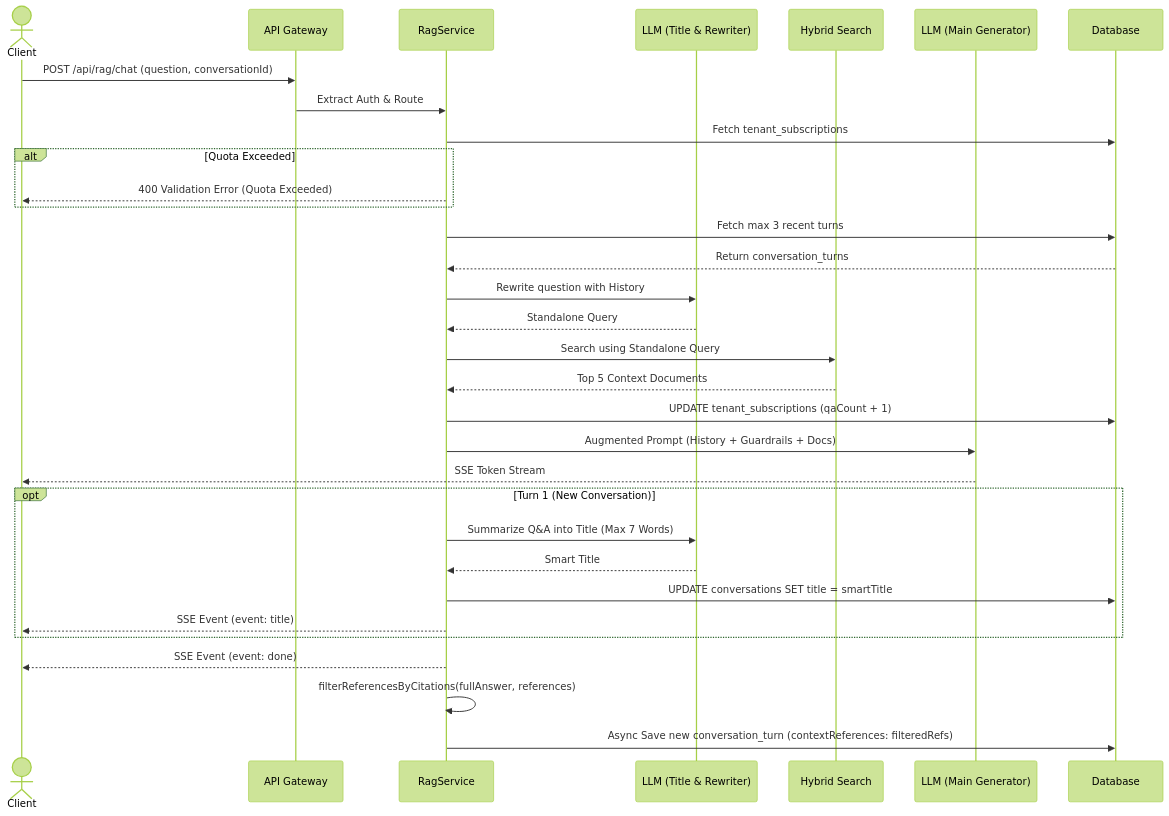
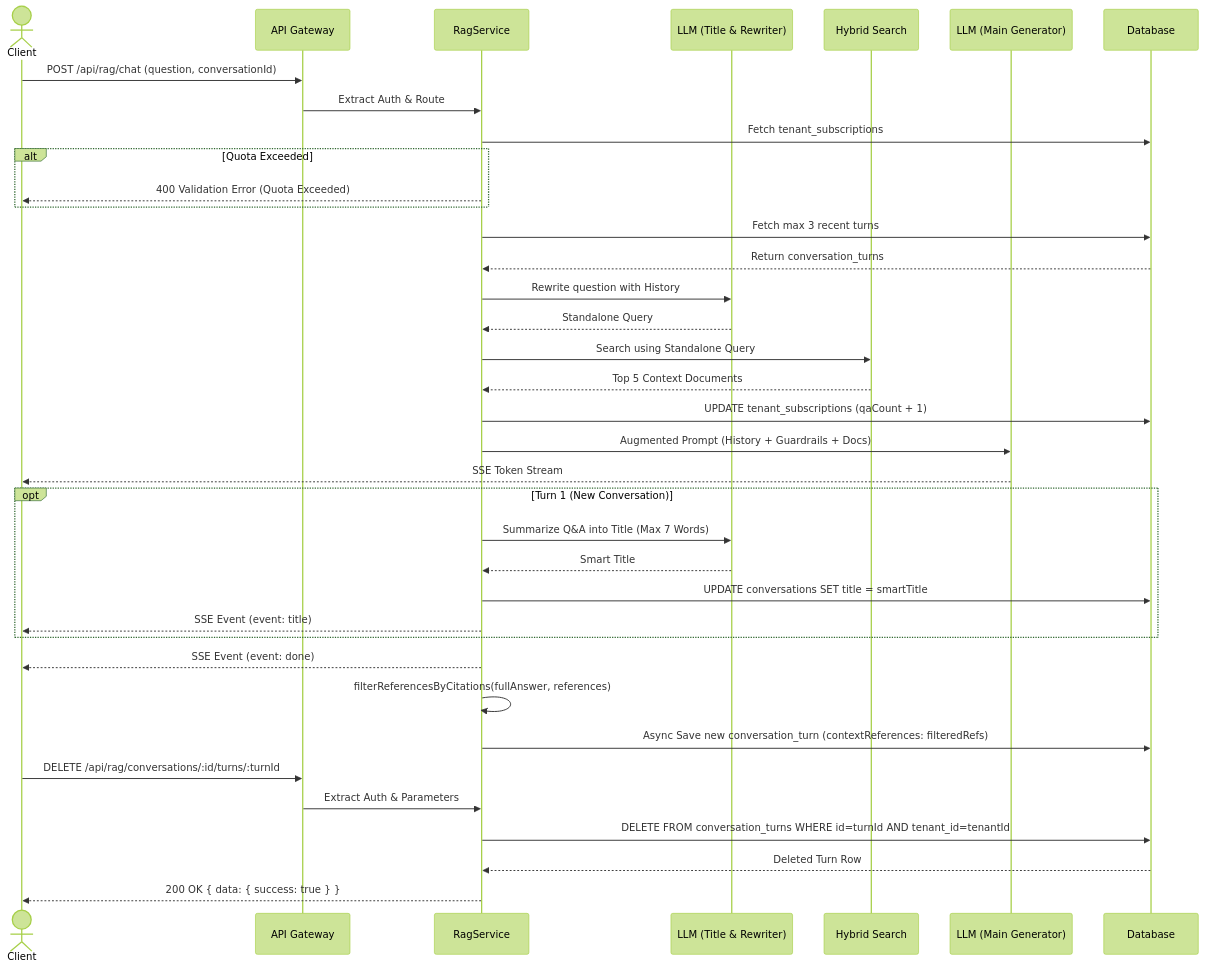
The diagram in docs/features/rag-conversation.md (kanzhamada/Dokyudo), drawn with Mermaid (forest theme) before and after one commit. The commit also changed other lines of this file, not shown here.

Commit message:
Add single turn deletion and feedback button hover styling

````diff
--- a/docs/features/rag-conversation.md
+++ b/docs/features/rag-conversation.md
@@ -31,36 +32,43 @@
 ```mermaid
 sequenceDiagram
     actor Client
     participant API Gateway
     participant RagService
     participant LLM (Title & Rewriter)
     participant Hybrid Search
     participant LLM (Main Generator)
     participant Database
 
     %% Memory & Query Rewriting Flow
     Client->>API Gateway: POST /api/rag/chat (question, conversationId)
     API Gateway->>RagService: Extract Auth & Route
     RagService->>Database: Fetch tenant_subscriptions
     alt Quota Exceeded
         RagService-->>Client: 400 Validation Error (Quota Exceeded)
     end
     RagService->>Database: Fetch max 3 recent turns
     Database-->>RagService: Return conversation_turns
     RagService->>LLM (Title & Rewriter): Rewrite question with History
     LLM (Title & Rewriter)-->>RagService: Standalone Query
     RagService->>Hybrid Search: Search using Standalone Query
     Hybrid Search-->>RagService: Top 5 Context Documents
     RagService->>Database: UPDATE tenant_subscriptions (qaCount + 1)
     RagService->>LLM (Main Generator): Augmented Prompt (History + Guardrails + Docs)
     LLM (Main Generator)-->>Client: SSE Token Stream
     opt Turn 1 (New Conversation)
         RagService->>LLM (Title & Rewriter): Summarize Q&A into Title (Max 7 Words)
         LLM (Title & Rewriter)-->>RagService: Smart Title
         RagService->>Database: UPDATE conversations SET title = smartTitle
         RagService-->>Client: SSE Event (event: title)
     end
     RagService-->>Client: SSE Event (event: done)
     RagService->>RagService: filterReferencesByCitations(fullAnswer, references)
     RagService->>Database: Async Save new conversation_turn (contextReferences: filteredRefs)
+
+    %% Turn Deletion Sub-Flow
+    Client->>API Gateway: DELETE /api/rag/conversations/:id/turns/:turnId
+    API Gateway->>RagService: Extract Auth & Parameters
+    RagService->>Database: DELETE FROM conversation_turns WHERE id=turnId AND tenant_id=tenantId
+    Database-->>RagService: Deleted Turn Row
+    RagService-->>Client: 200 OK { data: { success: true } }
 ```
````
